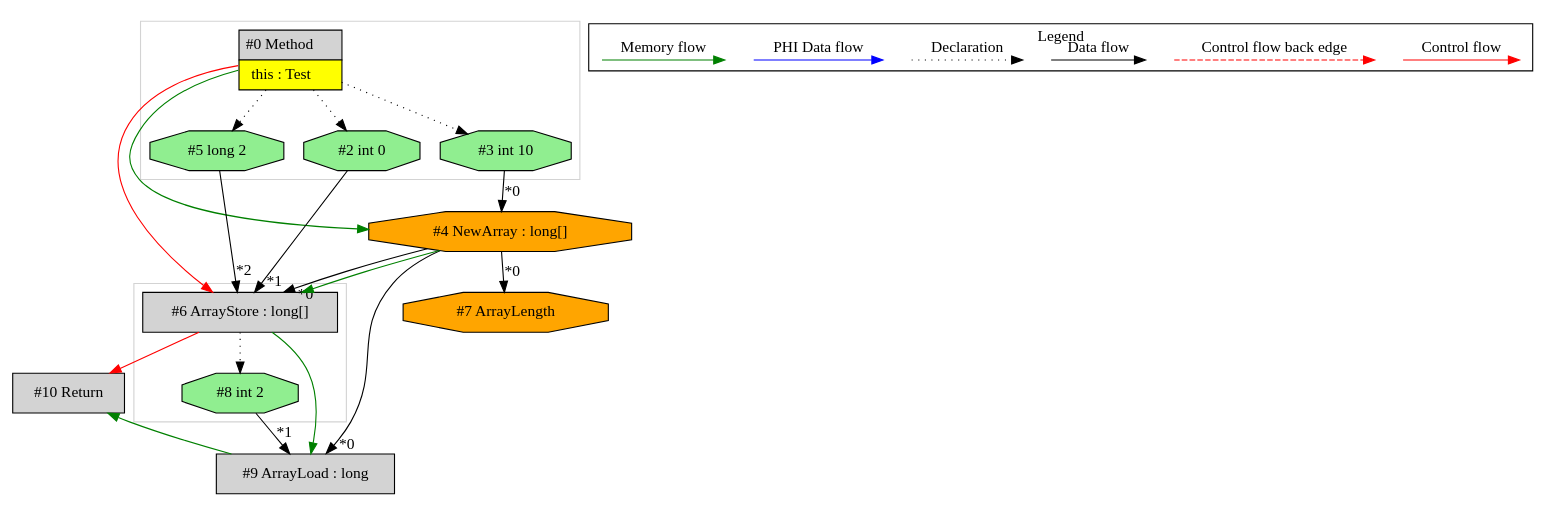
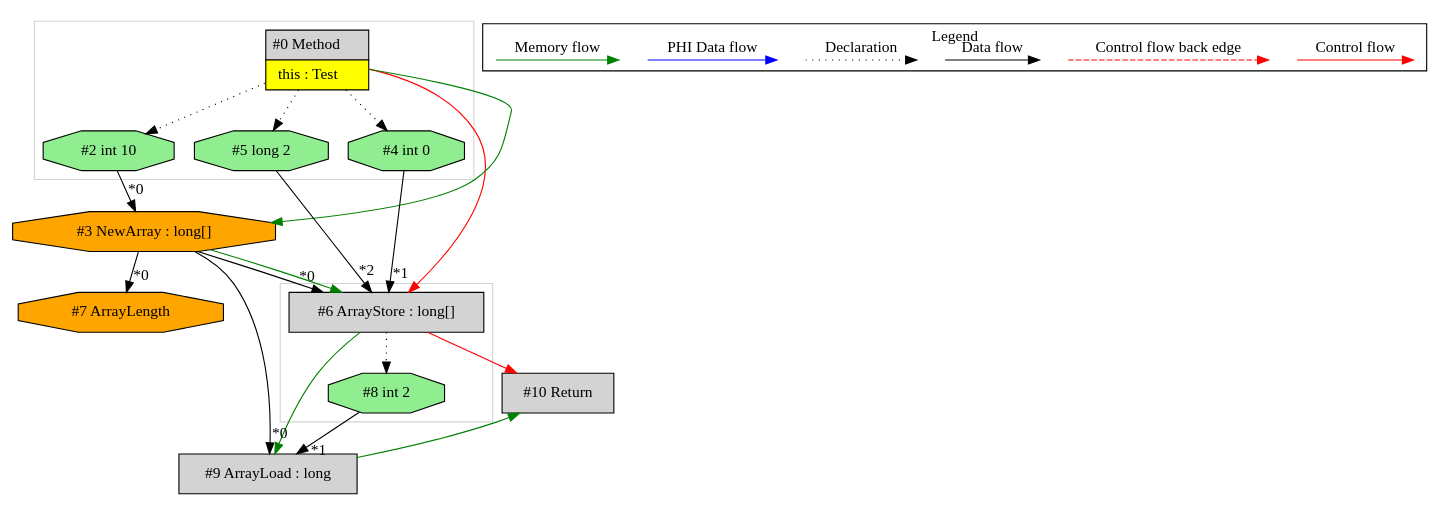
The diagram in de.mirkosertic.metair.ir.OpcodeNEWARRAYTest/test_NEWARRAY_long/ir.dot (mirkosertic/MetaIR), drawn with Graphviz before and after one commit. The commit also changed 1138 other files, not shown here.

```diff
--- a/de.mirkosertic.metair.ir.OpcodeNEWARRAYTest/test_NEWARRAY_long/ir.dot
+++ b/de.mirkosertic.metair.ir.OpcodeNEWARRAYTest/test_NEWARRAY_long/ir.dot
@@ -1,68 +1,68 @@
 digraph {
  ordering="in";
  node0[margin="0", label=<<table border="0" cellborder="1" cellspacing="0" cellpadding="5"><tr><td colspan="1">#0 Method</td></tr><tr><td port="prj1" bgcolor="yellow">this : Test</td></tr></table>>,shape=none, fillcolor=lightgrey, style=filled];
- node3[label="#3 int 10",shape=octagon, fillcolor=lightgreen, style=filled];
- node0 -> node3[style=dotted];
- node4[label="#4 NewArray : long[]",shape=octagon, fillcolor=orange, style=filled];
- node3 -> node4[headlabel="*0", labeldistance=2];
- node0 -> node4[labeldistance=2, color=green, constraint=false];
+ node5[label="#5 long 2",shape=octagon, fillcolor=lightgreen, style=filled];
+ node0 -> node5[style=dotted];
+ node6[label="#6 ArrayStore : long[]",shape=box, fillcolor=lightgrey, style=filled];
+ node3 -> node6[headlabel="*0", labeldistance=2];
+ node4 -> node6[headlabel="*1", labeldistance=2];
+ node5 -> node6[headlabel="*2", labeldistance=2];
+ node3 -> node6[labeldistance=2, color=green, constraint=false];
+ node0 -> node6[labeldistance=2, color=red, fontcolor=red];
+ node3[label="#3 NewArray : long[]",shape=octagon, fillcolor=orange, style=filled];
+ node2 -> node3[headlabel="*0", labeldistance=2];
+ node0 -> node3[labeldistance=2, color=green, constraint=false];
+ node2[label="#2 int 10",shape=octagon, fillcolor=lightgreen, style=filled];
+ node0 -> node2[style=dotted];
+ node7[label="#7 ArrayLength",shape=octagon, fillcolor=orange, style=filled];
+ node3 -> node7[headlabel="*0", labeldistance=2];
  node9[label="#9 ArrayLoad : long",shape=box, fillcolor=lightgrey, style=filled];
- node4 -> node9[headlabel="*0", labeldistance=2];
+ node3 -> node9[headlabel="*0", labeldistance=2];
  node8 -> node9[headlabel="*1", labeldistance=2];
  node6 -> node9[labeldistance=2, color=green, constraint=false];
- node6[label="#6 ArrayStore : long[]",shape=box, fillcolor=lightgrey, style=filled];
- node4 -> node6[headlabel="*0", labeldistance=2];
- node2 -> node6[headlabel="*1", labeldistance=2];
- node5 -> node6[headlabel="*2", labeldistance=2];
- node4 -> node6[labeldistance=2, color=green, constraint=false];
- node0 -> node6[labeldistance=2, color=red, fontcolor=red];
- node5[label="#5 long 2",shape=octagon, fillcolor=lightgreen, style=filled];
- node0 -> node5[style=dotted];
- node2[label="#2 int 0",shape=octagon, fillcolor=lightgreen, style=filled];
- node0 -> node2[style=dotted];
+ node8[label="#8 int 2",shape=octagon, fillcolor=lightgreen, style=filled];
+ node6 -> node8[style=dotted];
  node10[label="#10 Return",shape=box, fillcolor=lightgrey, style=filled];
  node6 -> node10[labeldistance=2, color=red, fontcolor=red];
  node9 -> node10[labeldistance=2, color=green, constraint=false];
- node8[label="#8 int 2",shape=octagon, fillcolor=lightgreen, style=filled];
- node6 -> node8[style=dotted];
- node7[label="#7 ArrayLength",shape=octagon, fillcolor=orange, style=filled];
- node4 -> node7[headlabel="*0", labeldistance=2];
+ node4[label="#4 int 0",shape=octagon, fillcolor=lightgreen, style=filled];
+ node0 -> node4[style=dotted];
  subgraph cluster_0 {
   color=lightgray;
   node6;
   node8;
  }
  subgraph cluster_1 {
   color=lightgray;
   node0;
   node2;
-  node3;
+  node4;
   node5;
  }
  subgraph cluster_000 {
   label = "Legend";
   node [shape=point]
   {
    rank=same;
    c0 [style = invis];
    c1 [style = invis];
    c2 [style = invis];
    c3 [style = invis];
    d0 [style = invis];
    d1 [style = invis];
    d2 [style = invis];
    d3 [style = invis];
    d4 [style = invis];
    d5 [style = invis];
    d6 [style = invis];
    d7 [style = invis];
   }
   c0 -> c1 [label="Control flow", style=solid, color=red]
   c2 -> c3 [label="Control flow back edge", style=dashed, color=red]
   d0 -> d1 [label="Data flow"]
   d2 -> d3 [label="Declaration", style=dotted]
   d4 -> d5 [label="PHI Data flow", color=blue]
   d6 -> d7 [label="Memory flow", color=green]
  }
 
 }
```
